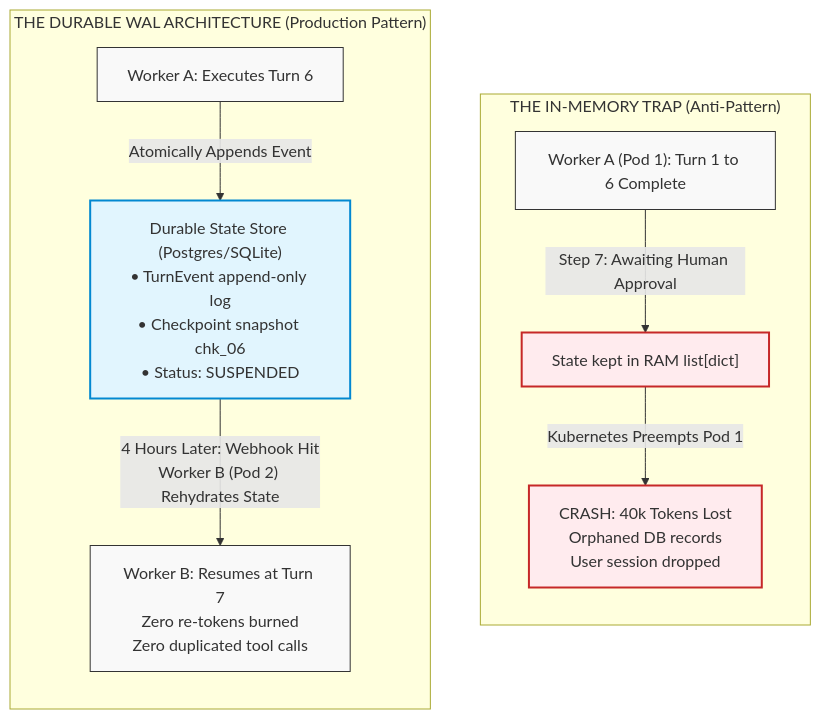
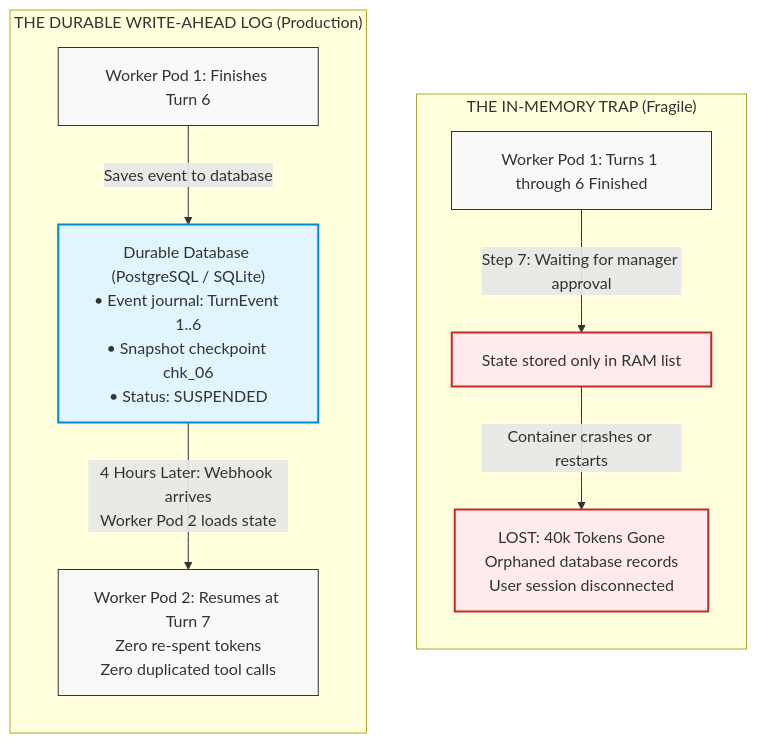
One commit to dip4k/senior-engineer-to-ai-engineer-roadmap changed the first of 6 diagrams in 04-agentic-systems-and-orchestration/03-stateful-sessions-and-durable-wal-persistence.md. Above: the diagram before and after it, drawn with Mermaid. The commit also changed other lines of this file and 11 other files, not shown here.

````diff
--- a/04-agentic-systems-and-orchestration/03-stateful-sessions-and-durable-wal-persistence.md
+++ b/04-agentic-systems-and-orchestration/03-stateful-sessions-and-durable-wal-persistence.md
@@ -20,20 +20,20 @@
 ```mermaid
 flowchart TD
     classDef fail fill:#ffebee,stroke:#c62828,stroke-width:2px;
     classDef store fill:#e1f5fe,stroke:#0288d1,stroke-width:2px;
     classDef worker fill:#f9f9f9,stroke:#333,stroke-width:1px;
 
-    subgraph Volatile["THE IN-MEMORY TRAP (Anti-Pattern)"]
+    subgraph Volatile["THE IN-MEMORY TRAP (Fragile)"]
         direction TB
-        V1["Worker A (Pod 1): Turn 1 to 6 Complete"]:::worker
-        V1 -->|"Step 7: Awaiting Human Approval"| V2["State kept in RAM list[dict]"]:::fail
-        V2 -->|"Kubernetes Preempts Pod 1"| V3["CRASH: 40k Tokens Lost\nOrphaned DB records\nUser session dropped"]:::fail
+        V1["Worker Pod 1: Turns 1 through 6 Finished"]:::worker
+        V1 -->|"Step 7: Waiting for manager approval"| V2["State stored only in RAM list"]:::fail
+        V2 -->|"Container crashes or restarts"| V3["LOST: 40k Tokens Gone\nOrphaned database records\nUser session disconnected"]:::fail
     end
 
-    subgraph Durable["THE DURABLE WAL ARCHITECTURE (Production Pattern)"]
+    subgraph Durable["THE DURABLE WRITE-AHEAD LOG (Production)"]
         direction TB
-        D1["Worker A: Executes Turn 6"]:::worker
-        D1 -->|"Atomically Appends Event"| WAL["Durable State Store (Postgres/SQLite)\n• TurnEvent append-only log\n• Checkpoint snapshot chk_06\n• Status: SUSPENDED"]:::store
-        WAL -->|"4 Hours Later: Webhook Hit\nWorker B (Pod 2) Rehydrates State"| D2["Worker B: Resumes at Turn 7\nZero re-tokens burned\nZero duplicated tool calls"]:::worker
+        D1["Worker Pod 1: Finishes Turn 6"]:::worker
+        D1 -->|"Saves event to database"| WAL["Durable Database (PostgreSQL / SQLite)\n• Event journal: TurnEvent 1..6\n• Snapshot checkpoint chk_06\n• Status: SUSPENDED"]:::store
+        WAL -->|"4 Hours Later: Webhook arrives\nWorker Pod 2 loads state"| D2["Worker Pod 2: Resumes at Turn 7\nZero re-spent tokens\nZero duplicated tool calls"]:::worker
     end
 ```
````
